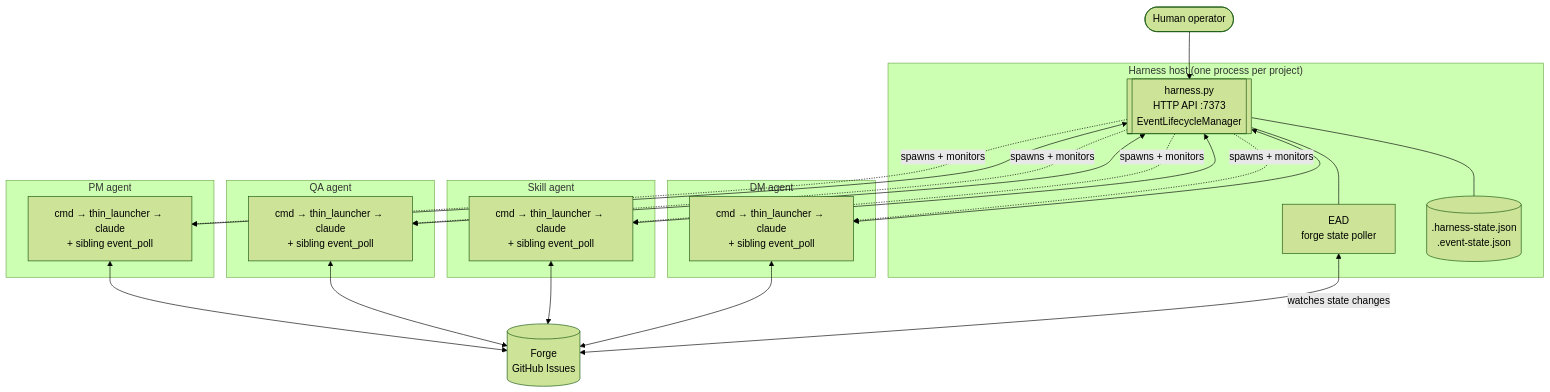
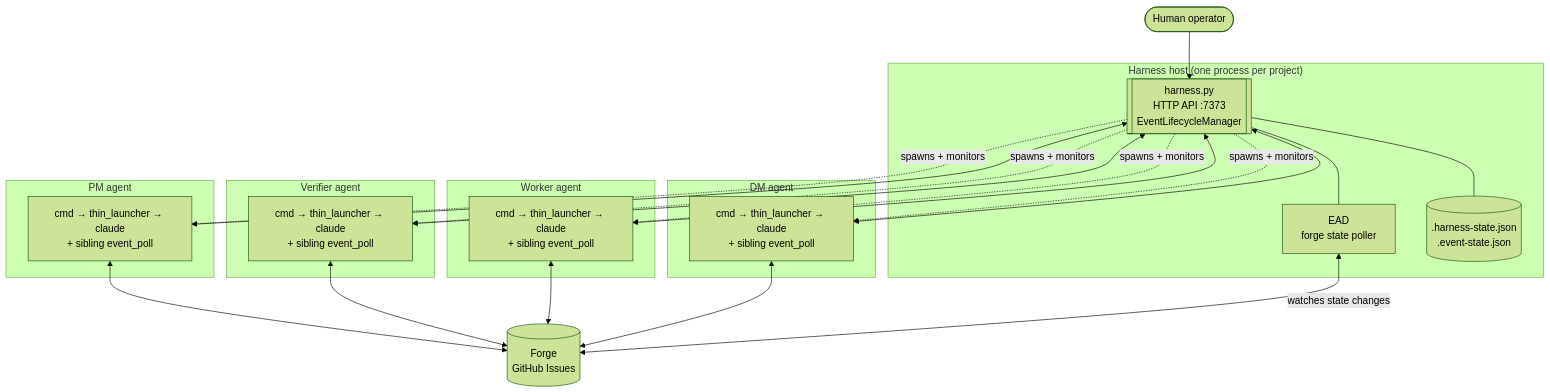
One commit to WallyDoodlez/SquidSquad changed the third of 10 diagrams in docs/EVENT-ARCHITECTURE.md. Above: the diagram before and after it, drawn with Mermaid (forest theme). The commit also changed other lines of this file, not shown here.

First line of the commit message:
docs: event-arch v2 — terminology pass to L2 categorical role names

````diff
--- a/docs/EVENT-ARCHITECTURE.md
+++ b/docs/EVENT-ARCHITECTURE.md
@@ -115,48 +128,48 @@
 ```mermaid
 flowchart TB
     Operator(["Human operator"])
     Forge[("Forge<br/>GitHub Issues")]
 
     subgraph harness_box["Harness host (one process per project)"]
         Harness[["harness.py<br/>HTTP API :7373<br/>EventLifecycleManager"]]
         EAD["EAD<br/>forge state poller"]
         StateFiles[(".harness-state.json<br/>.event-state.json")]
         Harness --- EAD
         Harness --- StateFiles
     end
 
     subgraph pm_box["PM agent"]
         PMTree["cmd → thin_launcher → claude<br/>+ sibling event_poll"]
     end
 
-    subgraph qa_box["QA agent"]
-        QATree["cmd → thin_launcher → claude<br/>+ sibling event_poll"]
+    subgraph verifier_box["Verifier agent"]
+        VerifierTree["cmd → thin_launcher → claude<br/>+ sibling event_poll"]
     end
 
-    subgraph skill_box["Skill agent"]
-        SkillTree["cmd → thin_launcher → claude<br/>+ sibling event_poll"]
+    subgraph worker_box["Worker agent"]
+        WorkerTree["cmd → thin_launcher → claude<br/>+ sibling event_poll"]
     end
 
     subgraph dm_box["DM agent"]
         DMTree["cmd → thin_launcher → claude<br/>+ sibling event_poll"]
     end
 
     Operator --> Harness
 
     Harness -.->|spawns + monitors| PMTree
-    Harness -.->|spawns + monitors| QATree
-    Harness -.->|spawns + monitors| SkillTree
+    Harness -.->|spawns + monitors| VerifierTree
+    Harness -.->|spawns + monitors| WorkerTree
     Harness -.->|spawns + monitors| DMTree
 
     PMTree <--> Harness
-    QATree <--> Harness
-    SkillTree <--> Harness
+    VerifierTree <--> Harness
+    WorkerTree <--> Harness
     DMTree <--> Harness
 
     PMTree <--> Forge
-    QATree <--> Forge
-    SkillTree <--> Forge
+    VerifierTree <--> Forge
+    WorkerTree <--> Forge
     DMTree <--> Forge
 
     EAD <-->|watches state changes| Forge
 ```
````
